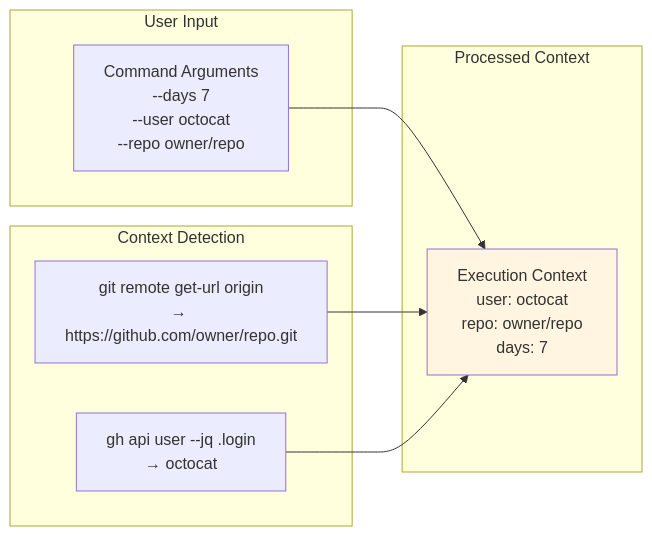
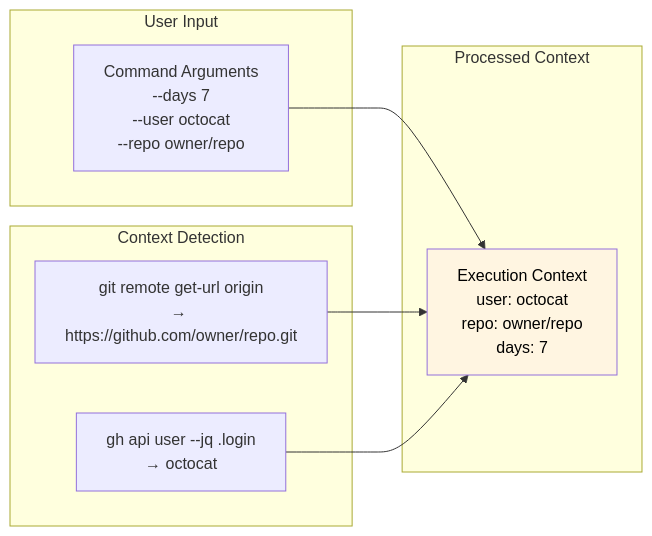
The second of 6 diagrams in docs/architecture/03-data-flow.md (jetmobsol/claude-gh-standup), drawn with Mermaid before and after one commit. The commit also changed other lines of this file and 4 other files, not shown here.

First line of the commit message:
Fix text color to black on light-colored Mermaid diagrams

````diff
--- a/docs/architecture/03-data-flow.md
+++ b/docs/architecture/03-data-flow.md
@@ -63,21 +63,21 @@
 ```mermaid
 graph LR
     subgraph "User Input"
         Args[Command Arguments<br/>--days 7<br/>--user octocat<br/>--repo owner/repo]
     end
 
     subgraph "Context Detection"
         GitRemote[git remote get-url origin<br/>→ https://github.com/owner/repo.git]
         GhUser[gh api user --jq .login<br/>→ octocat]
     end
 
     subgraph "Processed Context"
         Context[Execution Context<br/>user: octocat<br/>repo: owner/repo<br/>days: 7]
     end
 
     Args --> Context
     GitRemote --> Context
     GhUser --> Context
 
-    style Context fill:#fff5e1
+    style Context fill:#fff5e1,color:#000
 ```
````
